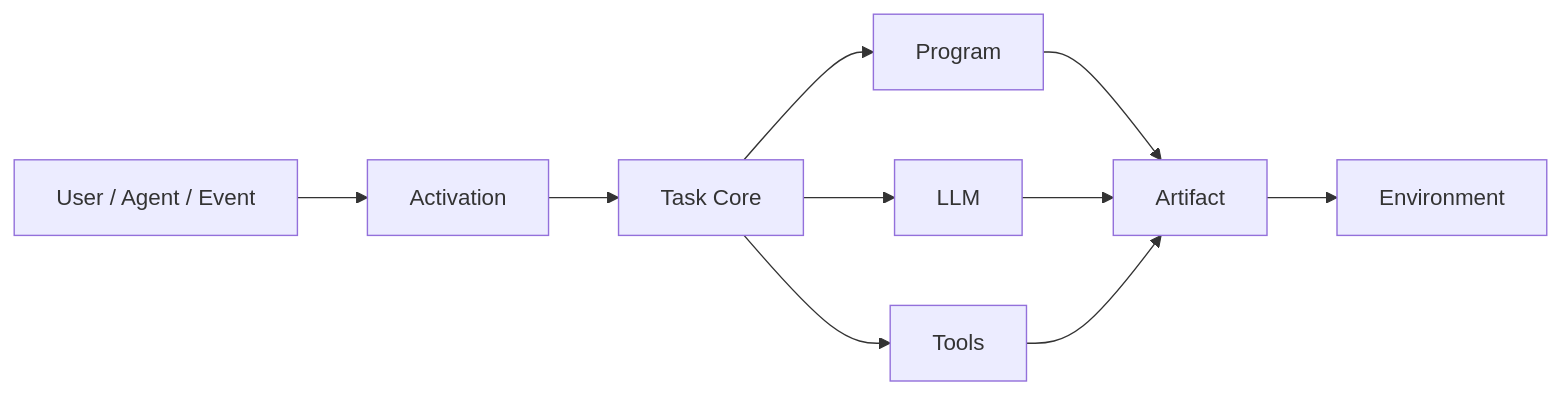
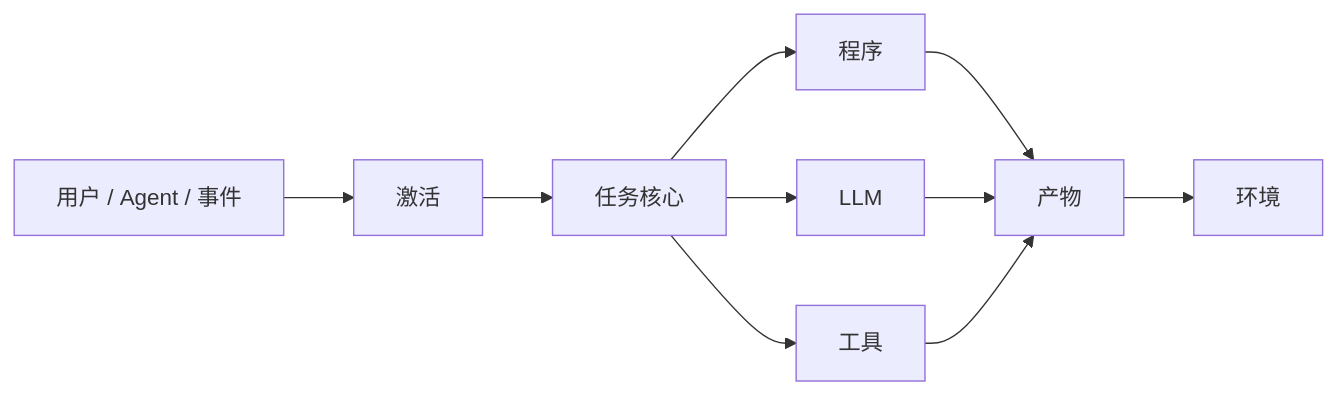
One commit to steve02081504/fount changed the diagram in .github/pages/blog/articles/building-fount-shell/zh-CN.md. Above: the diagram before and after it, drawn with Mermaid. The commit also changed other lines of this file and 12 other files, not shown here.

````diff
--- a/.github/pages/blog/articles/building-fount-shell/zh-CN.md
+++ b/.github/pages/blog/articles/building-fount-shell/zh-CN.md
@@ -26,12 +25,12 @@
 ```mermaid
 flowchart LR
-    U[User / Agent / Event] --> A[Activation]
-    A --> TC[Task Core]
-    TC --> P[Program]
+    U[用户 / Agent / 事件] --> A[激活]
+    A --> TC[任务核心]
+    TC --> P[程序]
     TC --> L[LLM]
-    TC --> T[Tools]
-    P --> AR[Artifact]
+    TC --> T[工具]
+    P --> AR[产物]
     L --> AR
     T --> AR
-    AR --> E[Environment]
+    AR --> E[环境]
 ```
````
